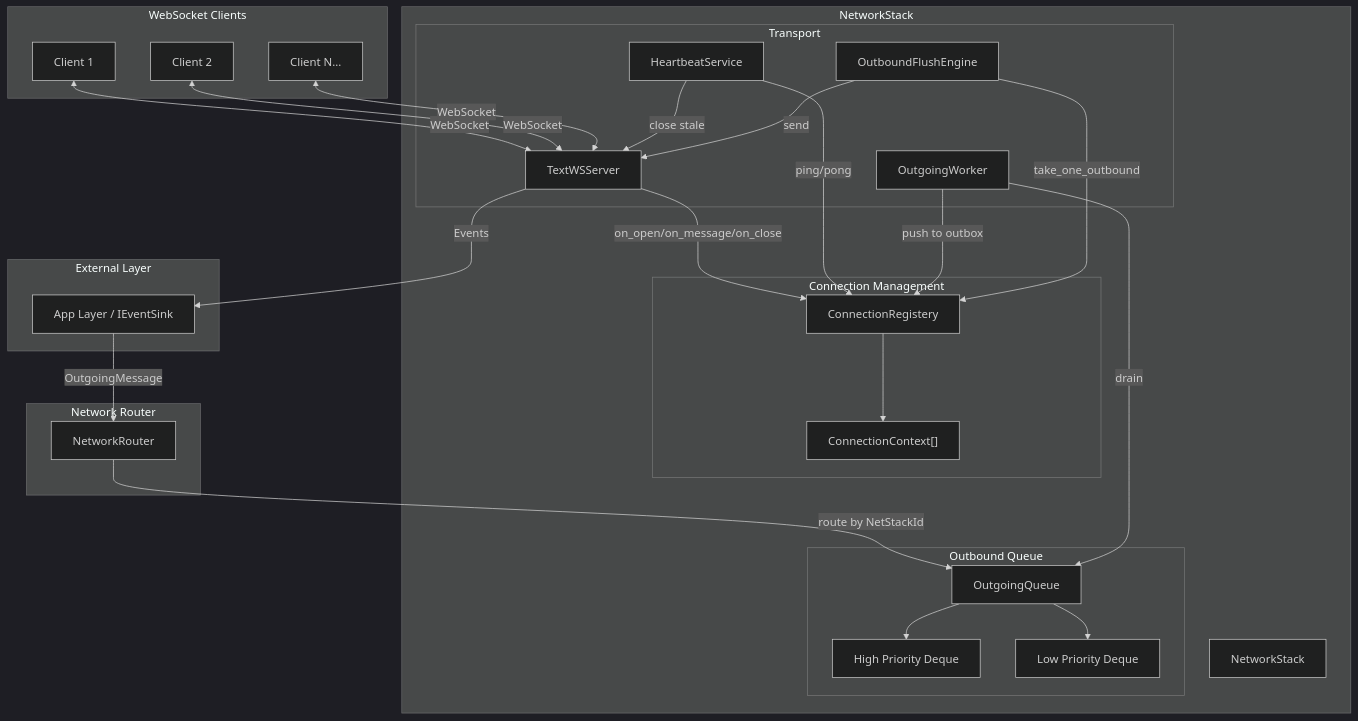
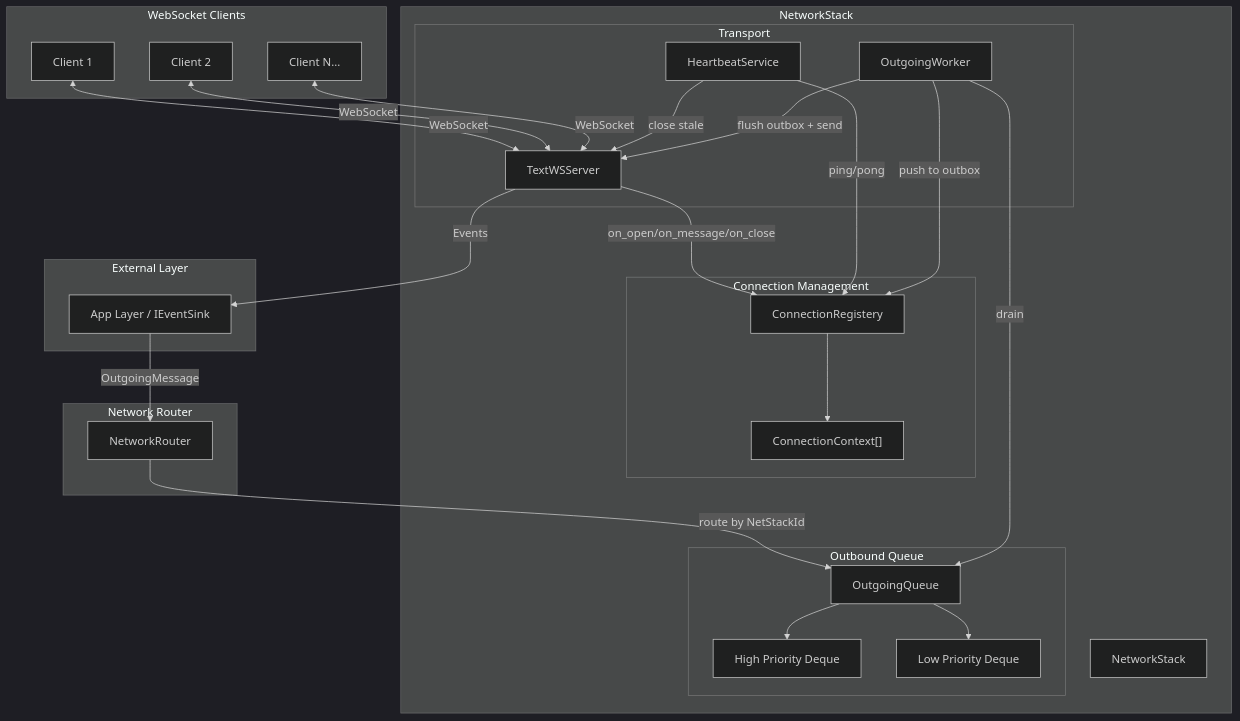
The second of 3 diagrams in architecture/net_architecture.md (bilalkah/kergit-server), drawn with Mermaid (dark theme) before and after one commit. The commit also changed other lines of this file and 7 other files, not shown here.

Commit message:
refactor(net): remove OutboundFlushEngine and centralize all outbound outbox actions in OutgoingWorker

````diff
--- a/architecture/net_architecture.md
+++ b/architecture/net_architecture.md
@@ -393,63 +377,60 @@
 ```mermaid
 flowchart TB
     subgraph External["External Layer"]
         APP[App Layer / IEventSink]
     end
 
     subgraph Router["Network Router"]
         NR[NetworkRouter]
     end
 
     subgraph Stack1["NetworkStack"]
         NS1[NetworkStack]
         
         subgraph Transport1["Transport"]
             TWS1[TextWSServer]
             HS1[HeartbeatService]
             OW1[OutgoingWorker]
-            OFE1[OutboundFlushEngine]
         end
         
         subgraph Connection1["Connection Management"]
             CR1[ConnectionRegistery]
             CC1["ConnectionContext[]"]
         end
         
         subgraph Outbound1["Outbound Queue"]
             OQ1[OutgoingQueue]
             HIGH1[High Priority Deque]
             LOW1[Low Priority Deque]
         end
     end
 
     subgraph Clients["WebSocket Clients"]
         C1[Client 1]
         C2[Client 2]
         C3[Client N...]
     end
 
     %% Connections
     C1 <-->|WebSocket| TWS1
     C2 <-->|WebSocket| TWS1
     C3 <-->|WebSocket| TWS1
 
     TWS1 -->|on_open/on_message/on_close| CR1
     TWS1 -->|Events| APP
     
     CR1 --> CC1
     
     HS1 -->|ping/pong| CR1
     HS1 -->|close stale| TWS1
     
     APP -->|OutgoingMessage| NR
     NR -->|route by NetStackId| OQ1
     
     OQ1 --> HIGH1
     OQ1 --> LOW1
     
     OW1 -->|drain| OQ1
     OW1 -->|push to outbox| CR1
-    
-    OFE1 -->|take_one_outbound| CR1
-    OFE1 -->|send| TWS1
+    OW1 -->|flush outbox + send| TWS1
 ```
````
